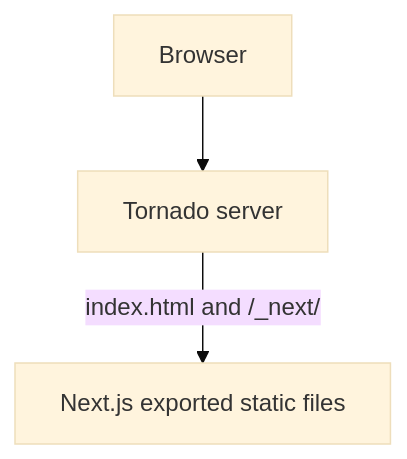
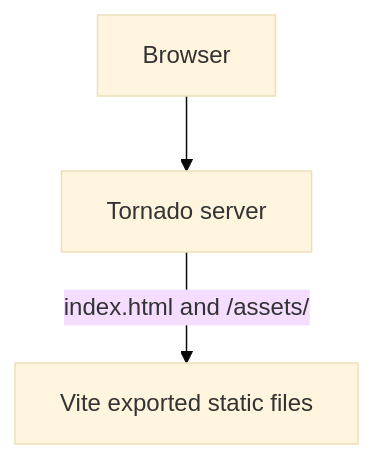
One commit to ymyzk/mypy-playground changed the second of 2 diagrams in app/README.md. Above: the diagram before and after it, drawn with Mermaid (base theme). The commit also changed other lines of this file and 2 other files, not shown here.

````diff
--- a/app/README.md
+++ b/app/README.md
@@ -18,8 +17,8 @@
 ```mermaid
 graph TD
-    Next["Next.js exported static files"]
+    Vite["Vite exported static files"]
     Tornado["Tornado server"]
 
     Browser --> Tornado
-    Tornado -->|index.html and /_next/| Next
+    Tornado -->|index.html and /assets/| Vite
 ```
````
